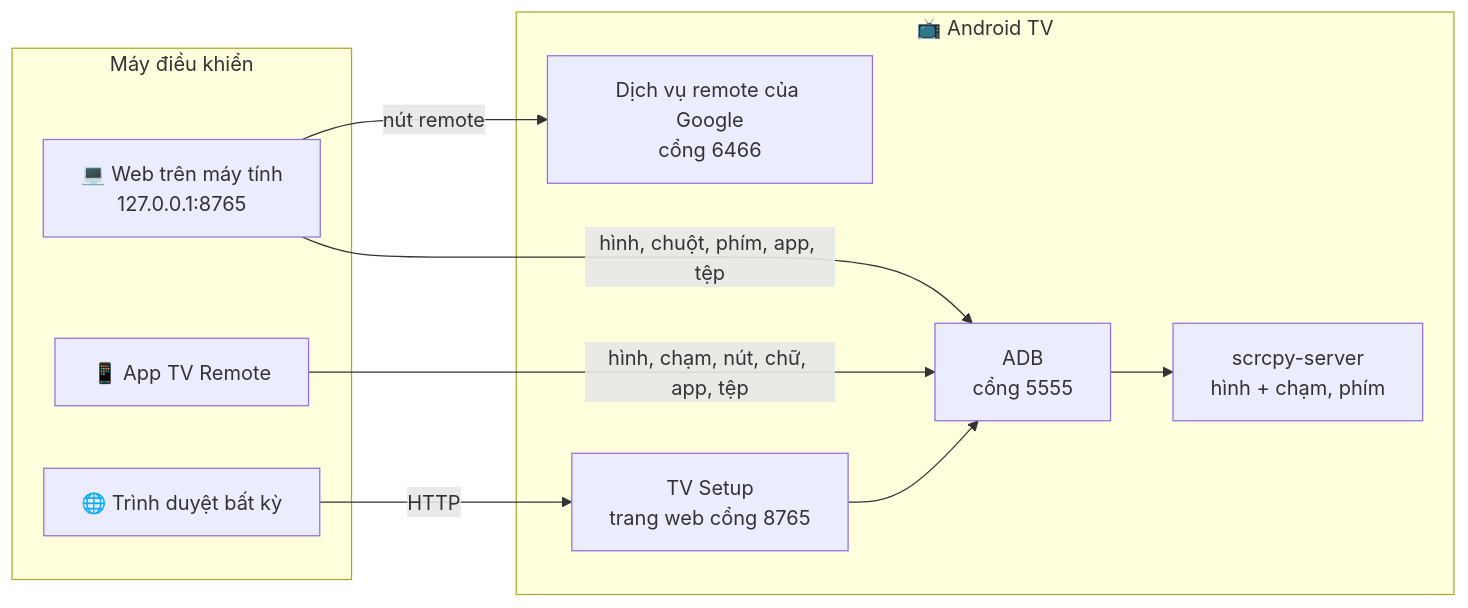
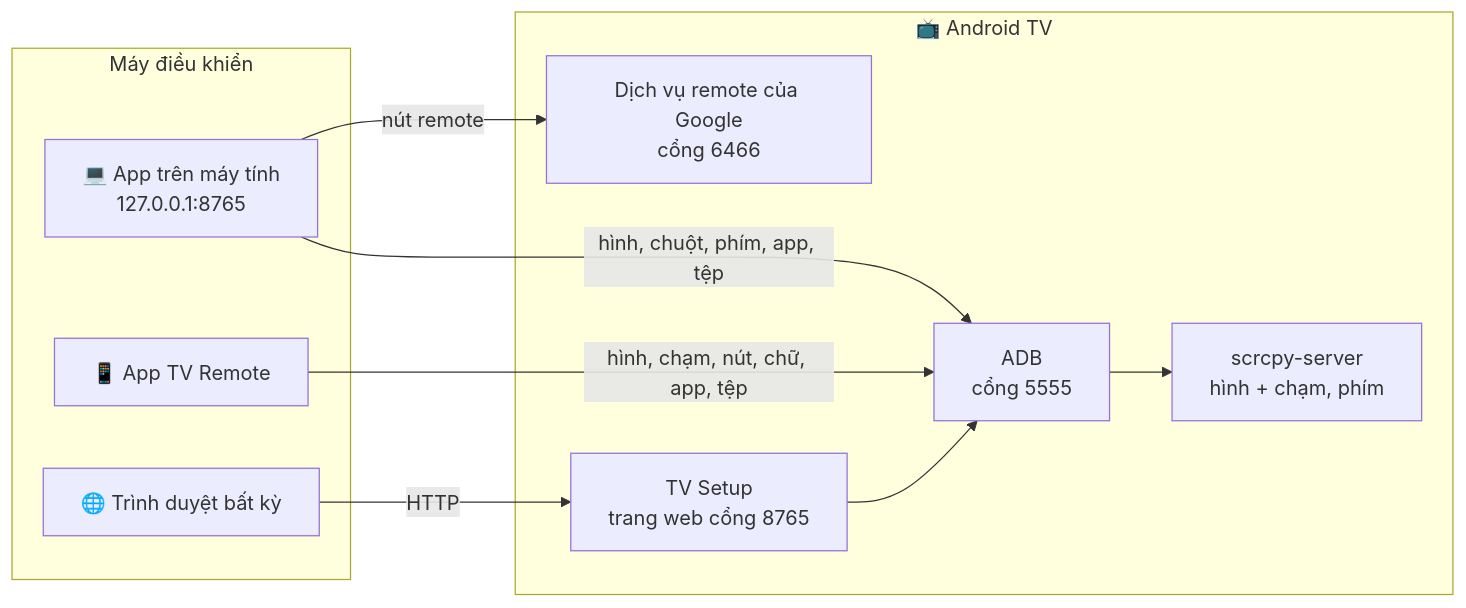
One commit to 9000000/tv-remote changed the diagram in README.md. Above: the diagram before and after it, drawn with Mermaid. The commit also changed other lines of this file and 77 other files, not shown here.

````diff
--- a/README.md
+++ b/README.md
@@ -218,20 +227,20 @@
 ```mermaid
 flowchart LR
     subgraph C["Máy điều khiển"]
-        PC["💻 Web trên máy tính<br/>127.0.0.1:8765"]
+        PC["💻 App trên máy tính<br/>127.0.0.1:8765"]
         PH["📱 App TV Remote"]
         BR["🌐 Trình duyệt bất kỳ"]
     end
     subgraph T["📺 Android TV"]
         R["Dịch vụ remote của Google<br/>cổng 6466"]
         A["ADB<br/>cổng 5555"]
         S["scrcpy-server<br/>hình + chạm, phím"]
         W["TV Setup<br/>trang web cổng 8765"]
         A --> S
         W --> A
     end
     PC -- "nút remote" --> R
     PC -- "hình, chuột, phím, app, tệp" --> A
     PH -- "hình, chạm, nút, chữ, app, tệp" --> A
     BR -- "HTTP" --> W
 ```
````
